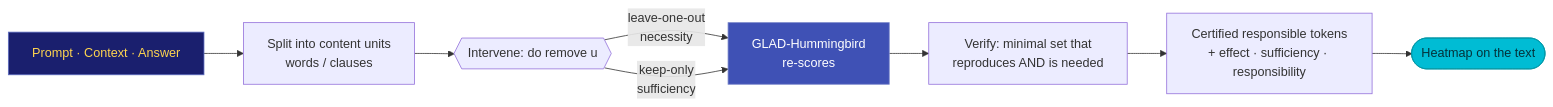
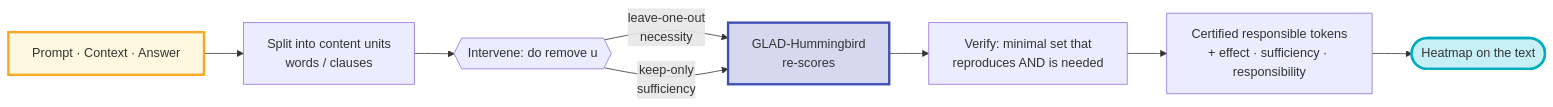
Before and after one commit to geodesia-ai/geodesia-docs: the diagram in docs/g1-proxy/causal-xai.md, drawn with Mermaid. The commit also changed 2 other files, not shown here.

````diff
--- a/docs/g1-proxy/causal-xai.md
+++ b/docs/g1-proxy/causal-xai.md
@@ -77,16 +77,19 @@
 ```mermaid
 flowchart LR
     A[Prompt · Context · Answer] --> B[Split into content units<br/>words / clauses]
     B --> C{{Intervene: do remove u}}
     C -->|leave-one-out<br/>necessity| D[GLAD-Hummingbird<br/>re-scores]
     C -->|keep-only<br/>sufficiency| D
     D --> E[Verify: minimal set that<br/>reproduces AND is needed]
     E --> F[Certified responsible tokens<br/>+ effect · sufficiency · responsibility]
     F --> G([Heatmap on the text])
-    classDef gdInput fill:#1a1f6e,stroke:#5c6bc0,color:#ffd54f
-    classDef gdCore  fill:#3f51b5,stroke:#7986cb,color:#ffffff
-    classDef gdOut   fill:#00bcd4,stroke:#0097a7,color:#04323a
+    %% Tinte chiare, mai fondi pieni: il colore del testo non e' nostro da
+    %% scegliere (vedi la nota in stylesheets/extra.css), quindi il fondo deve
+    %% restare vicino a quello della pagina in entrambi i temi.
+    classDef gdInput fill:#ffd54f2b,stroke:#f9a825,stroke-width:3px
+    classDef gdCore  fill:#3f51b538,stroke:#3f51b5,stroke-width:3px
+    classDef gdOut   fill:#00bcd438,stroke:#00acc1,stroke-width:3px
     class A gdInput
     class D gdCore
     class G gdOut
 ```
````
